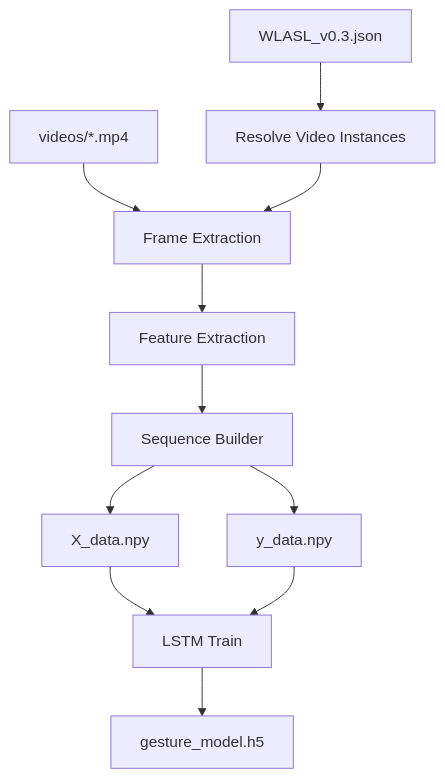
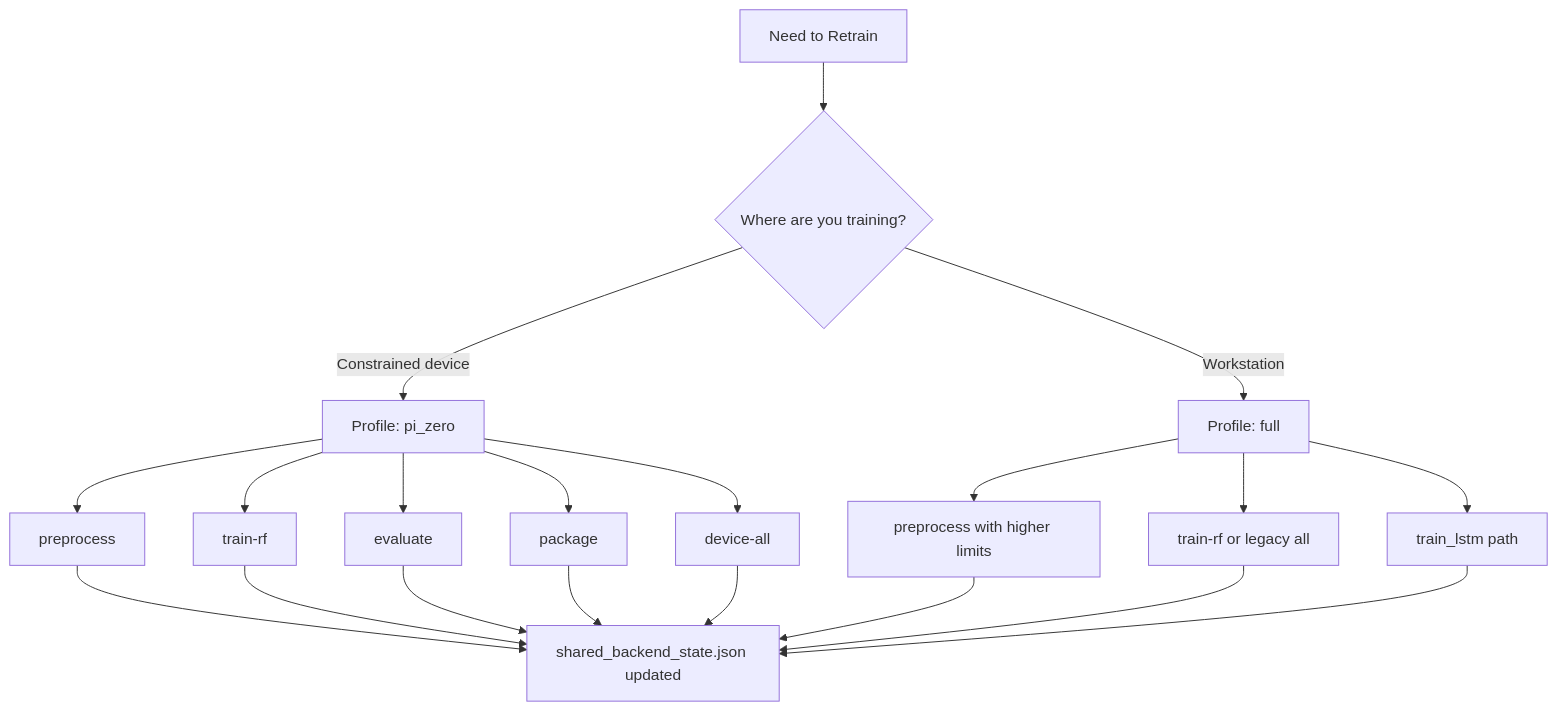
One commit to RishiStudies/hand_sign_detection_dynamic changed the fifth of 7 diagrams in README.md. Above: the diagram before and after it, drawn with Mermaid. The commit also changed other lines of this file, not shown here.

First line of the commit message:
Revise README: add quickstart, diagrams, usage

````diff
--- a/README.md
+++ b/README.md
@@ -117,13 +155,25 @@
 ```mermaid
 flowchart TD
-  A[WLASL_v0.3.json] --> B[Resolve Video Instances]
-  C[videos/*.mp4] --> D[Frame Extraction]
-  B --> D
-  D --> E[Feature Extraction]
-  E --> F[Sequence Builder]
-  F --> G[X_data.npy]
-  F --> H[y_data.npy]
-  G --> I[LSTM Train]
-  H --> I
-  I --> J[gesture_model.h5]
+  A[Need to Retrain] --> B{Where are you training?}
+  B -->|Constrained device| C[Profile: pi_zero]
+  B -->|Workstation| D[Profile: full]
+
+  C --> E[preprocess]
+  C --> F[train-rf]
+  C --> G[evaluate]
+  C --> H[package]
+  C --> I[device-all]
+
+  D --> J[preprocess with higher limits]
+  D --> K[train-rf or legacy all]
+  D --> L[train_lstm path]
+
+  E --> M[shared_backend_state.json updated]
+  F --> M
+  G --> M
+  H --> M
+  I --> M
+  J --> M
+  K --> M
+  L --> M
 ```
````
